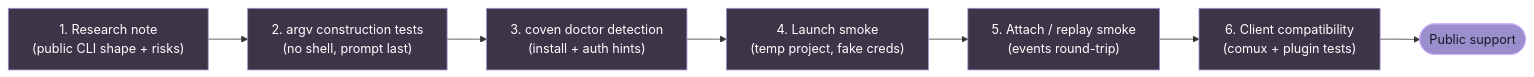
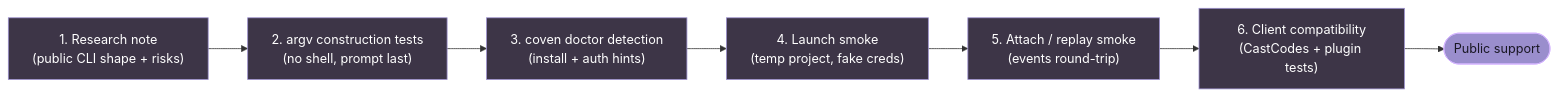
Before and after one commit to OpenCoven/coven-docs: the diagram in content/docs/familiars/harnesses.mdx, drawn with Mermaid. The commit also changed 19 other files, not shown here.

Commit message:
docs: align docs around CastCodes architecture

````diff
--- a/content/docs/familiars/harnesses.mdx
+++ b/content/docs/familiars/harnesses.mdx
@@ -148,17 +148,17 @@
 ```mermaid
 flowchart LR
   S1["1. Research note\n(public CLI shape + risks)"] --> S2
   S2["2. argv construction tests\n(no shell, prompt last)"] --> S3
   S3["3. coven doctor detection\n(install + auth hints)"] --> S4
   S4["4. Launch smoke\n(temp project, fake creds)"] --> S5
   S5["5. Attach / replay smoke\n(events round-trip)"] --> S6
-  S6["6. Client compatibility\n(comux + plugin tests)"] --> Done(["Public support"])
+  S6["6. Client compatibility\n(CastCodes + plugin tests)"] --> Done(["Public support"])
 
   style S1 fill:#3D3547,stroke:#9A8ECD,color:#fff
   style S2 fill:#3D3547,stroke:#9A8ECD,color:#fff
   style S3 fill:#3D3547,stroke:#9A8ECD,color:#fff
   style S4 fill:#3D3547,stroke:#9A8ECD,color:#fff
   style S5 fill:#3D3547,stroke:#9A8ECD,color:#fff
   style S6 fill:#3D3547,stroke:#9A8ECD,color:#fff
   style Done fill:#9A8ECD,stroke:#D4B5FF,color:#1A1825
 ```
````
